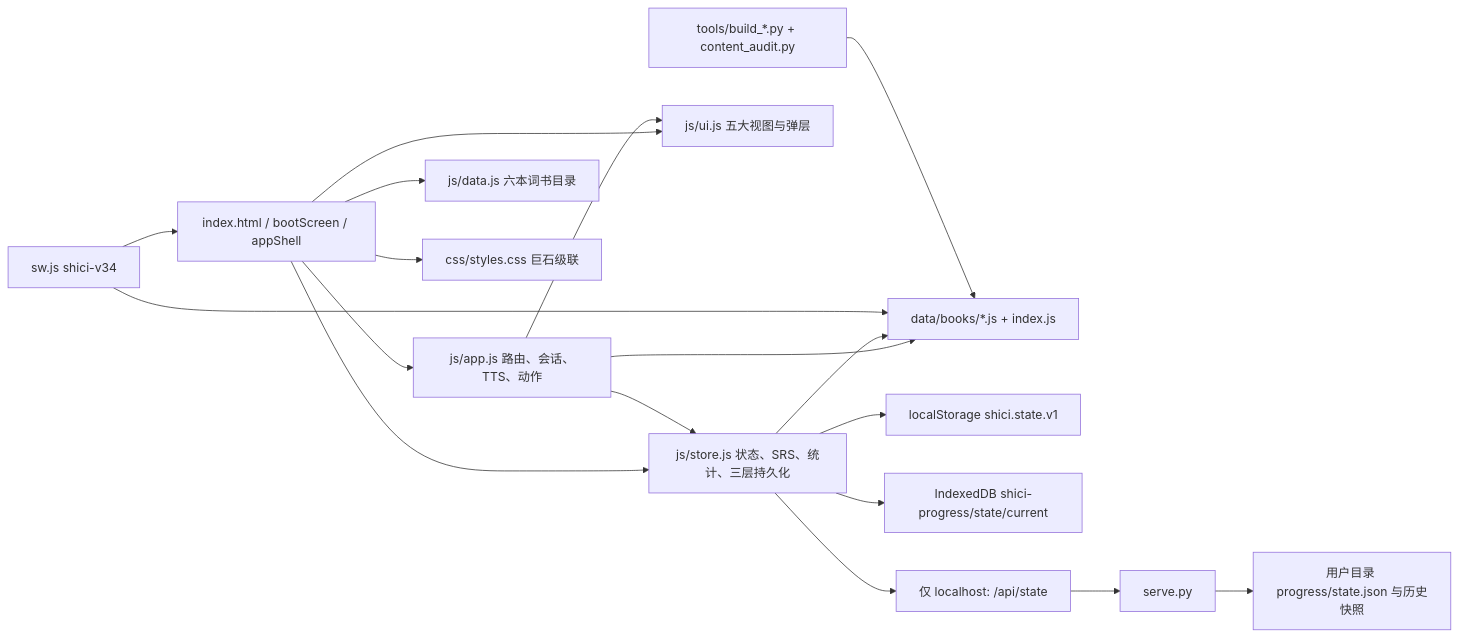
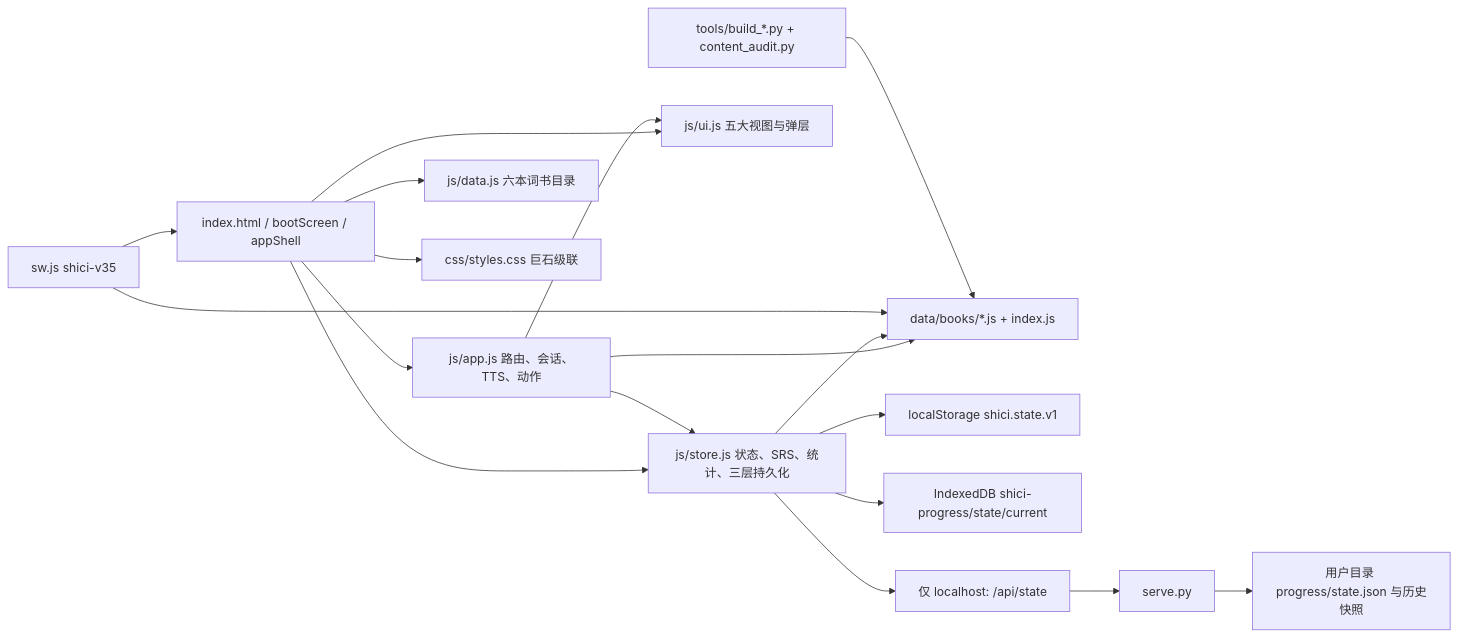
Before and after one commit to weijialiang2023/shici: the first of 7 diagrams in docs/system_design.md, drawn with Mermaid. The commit also changed other lines of this file and 12 other files, not shown here.

````diff
--- a/docs/system_design.md
+++ b/docs/system_design.md
@@ -11,20 +11,20 @@
 ```mermaid
 flowchart LR
     H[index.html / bootScreen / appShell] --> A[js/app.js 路由、会话、TTS、动作]
     H --> S[js/store.js 状态、SRS、统计、三层持久化]
     H --> U[js/ui.js 五大视图与弹层]
     H --> D[js/data.js 六本词书目录]
     H --> CSS[css/styles.css 巨石级联]
     A --> S
     A --> U
     A --> B[data/books/*.js + index.js]
     S --> B
     S --> L[localStorage shici.state.v1]
     S --> I[IndexedDB shici-progress/state/current]
     S --> API[仅 localhost: /api/state]
     API --> PY[serve.py]
     PY --> P[用户目录 progress/state.json 与历史快照]
-    SW[sw.js shici-v34] --> H
+    SW[sw.js shici-v35] --> H
     SW --> B
     ETL[tools/build_*.py + content_audit.py] --> B
 ```
````
